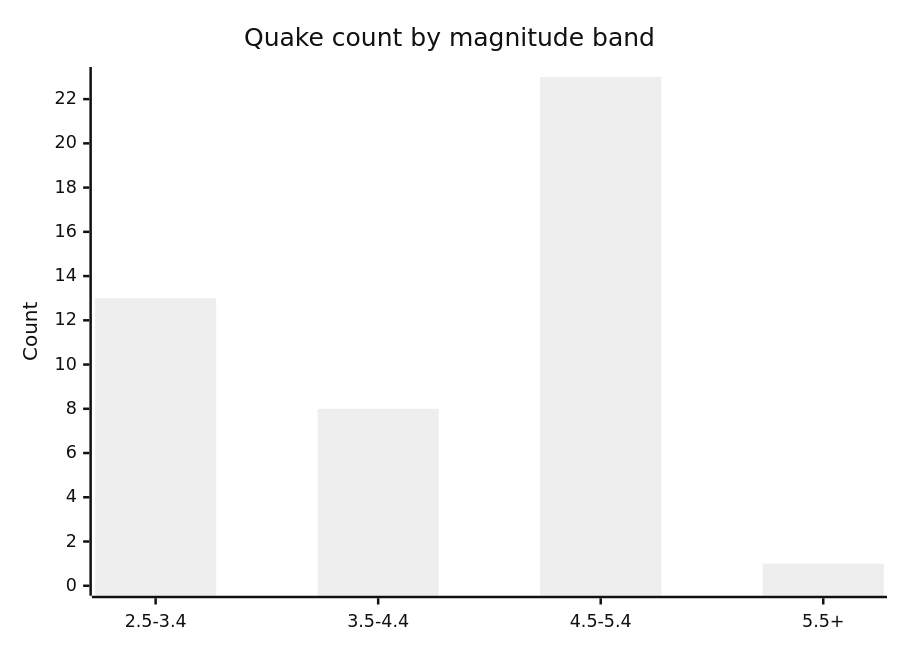
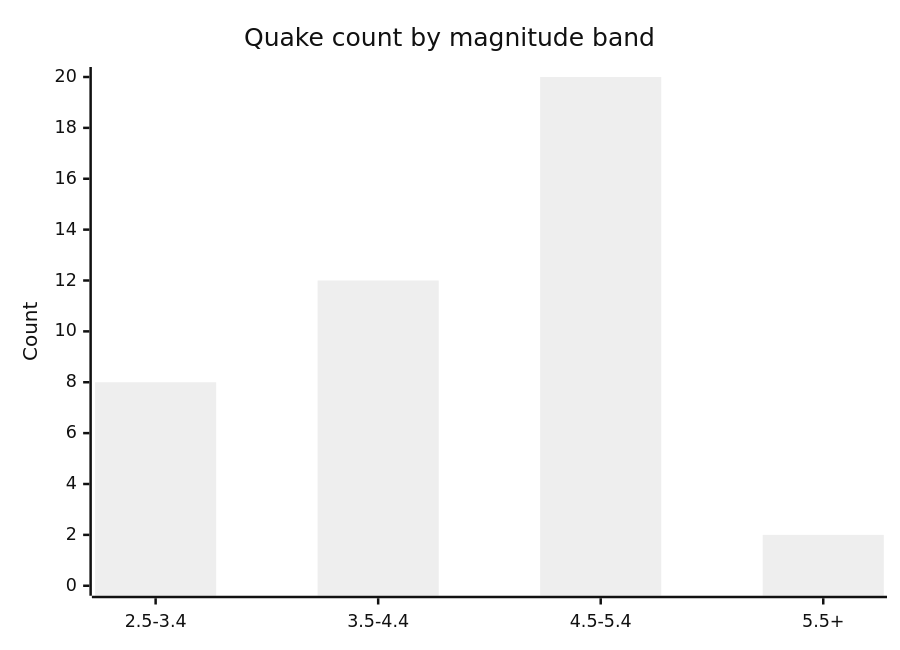
Before and after one commit to Midwest-Stratospheric/aerostratospheric-defense-gir: the fifth of 6 diagrams in docs/GRAPHS.md, drawn with Mermaid (neutral theme). The commit also changed other lines of this file and 25 other files, not shown here.

````diff
--- a/docs/GRAPHS.md
+++ b/docs/GRAPHS.md
@@ -82,7 +82,7 @@
 ```mermaid
 xychart-beta
   title "Quake count by magnitude band"
   x-axis ["2.5-3.4", "3.5-4.4", "4.5-5.4", "5.5+"]
-  y-axis "Count" 0 --> 23
-  bar [13, 8, 23, 1]
+  y-axis "Count" 0 --> 20
+  bar [8, 12, 20, 2]
 ```
````
